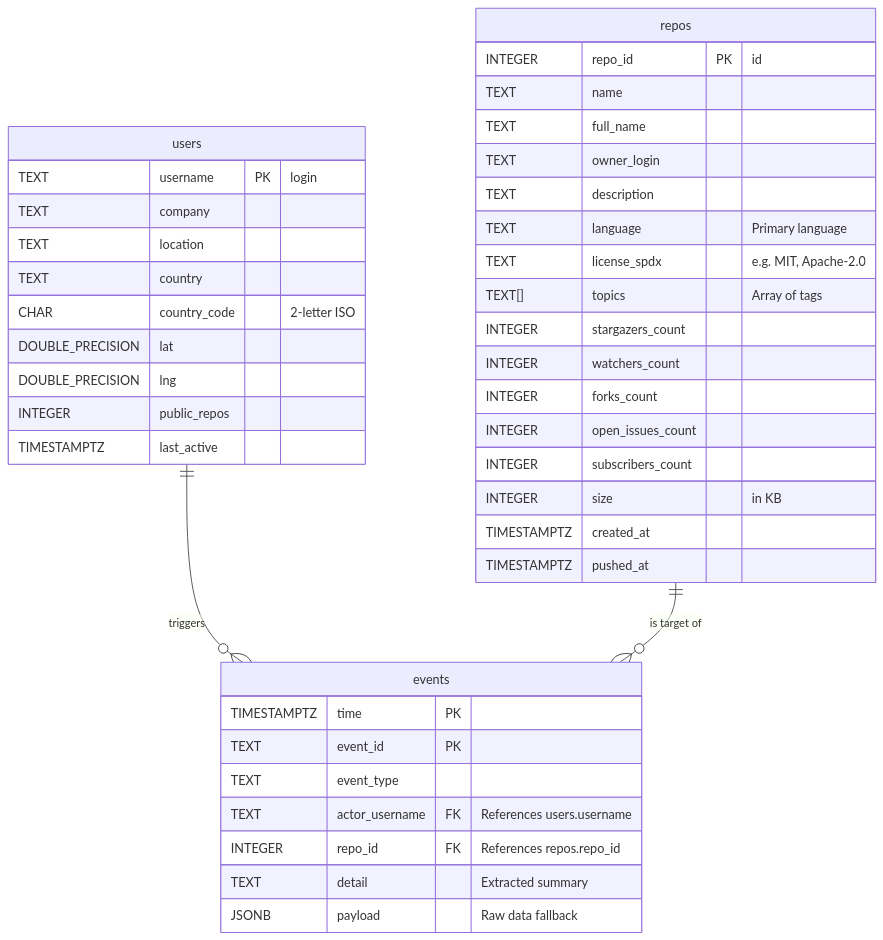
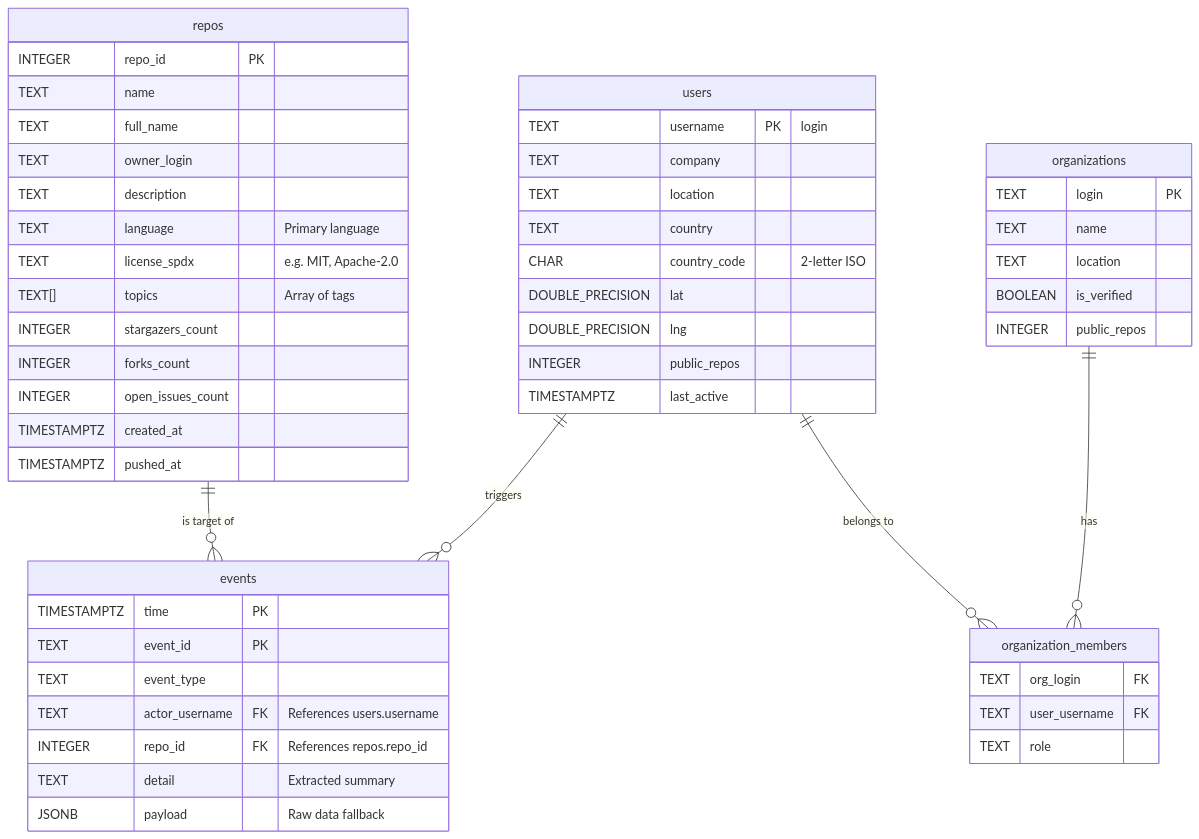
Before and after one commit to BDP26/pm4-github-insights: the diagram in README.md, drawn with Mermaid. The commit also changed other lines of this file and 1 other file, not shown here.

````diff
--- a/README.md
+++ b/README.md
@@ -64,47 +70,59 @@
 ```mermaid
 erDiagram
     users ||--o{ events : "triggers"
     repos ||--o{ events : "is target of"
+    organizations ||--o{ organization_members : "has"
+    users ||--o{ organization_members : "belongs to"
 
     users {
         TEXT username PK "login"
         TEXT company
         TEXT location
         TEXT country
         CHAR country_code "2-letter ISO"
         DOUBLE_PRECISION lat
         DOUBLE_PRECISION lng
         INTEGER public_repos
         TIMESTAMPTZ last_active
     }
 
+    organizations {
+        TEXT login PK
+        TEXT name
+        TEXT location
+        BOOLEAN is_verified
+        INTEGER public_repos
+    }
+
+    organization_members {
+        TEXT org_login FK
+        TEXT user_username FK
+        TEXT role
+    }
+
     repos {
-        INTEGER repo_id PK "id"
+        INTEGER repo_id PK
         TEXT name
         TEXT full_name
         TEXT owner_login
         TEXT description
         TEXT language "Primary language"
         TEXT license_spdx "e.g. MIT, Apache-2.0"
         TEXT[] topics "Array of tags"
         INTEGER stargazers_count
-        INTEGER watchers_count
         INTEGER forks_count
         INTEGER open_issues_count
-        INTEGER subscribers_count
-        INTEGER size "in KB"
         TIMESTAMPTZ created_at
         TIMESTAMPTZ pushed_at
     }
 
     events {
         TIMESTAMPTZ time PK
         TEXT event_id PK
         TEXT event_type
         TEXT actor_username FK "References users.username"
         INTEGER repo_id FK "References repos.repo_id"
         TEXT detail "Extracted summary"
         JSONB payload "Raw data fallback"
     }
-
 ```
````
